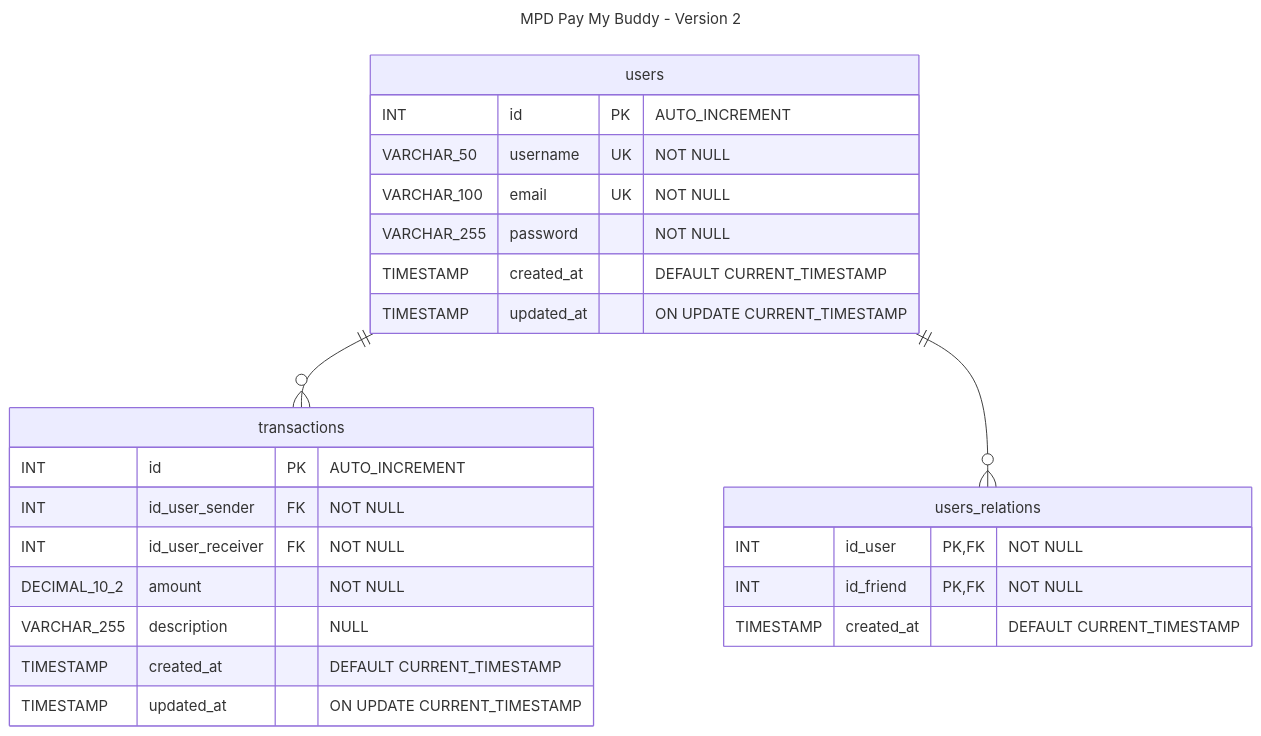
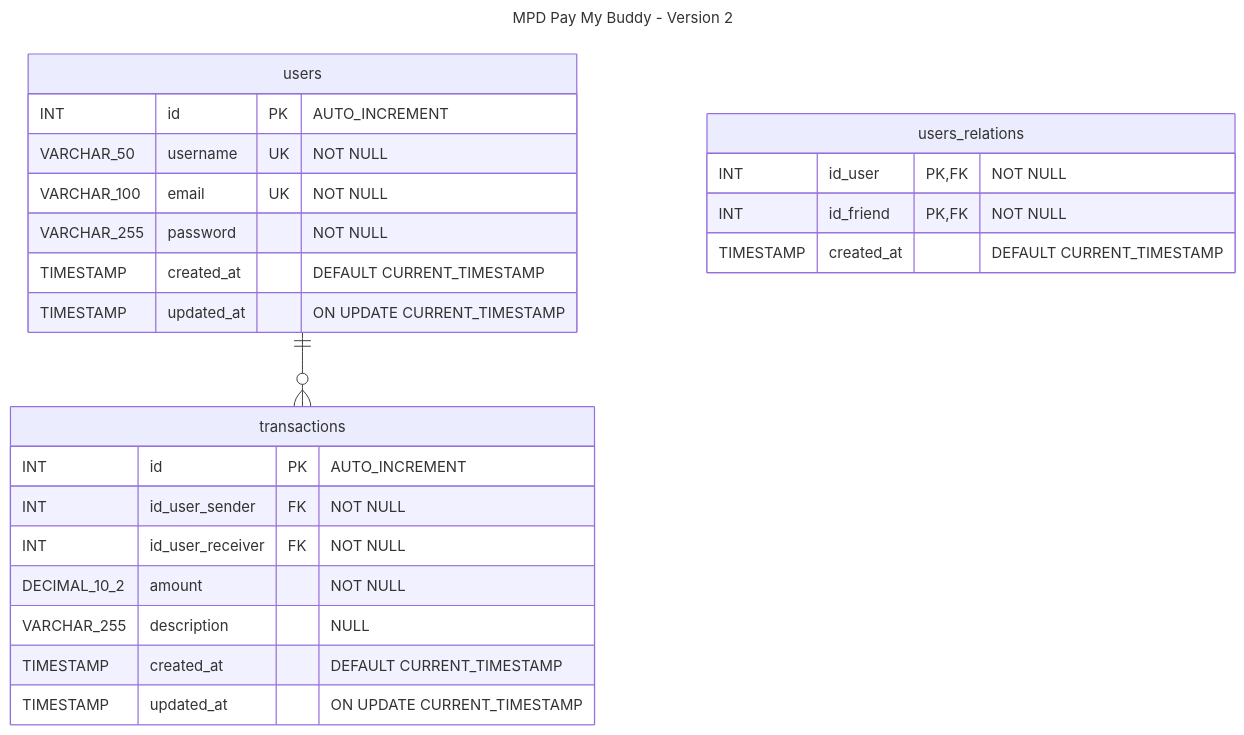
One commit to nocivecreative/paymybuddy changed the diagram in src/main/resources/MPD/MPD_v2.mmd. Above: the diagram before and after it, drawn with Mermaid. The commit also changed other lines of this file and 1 other file, not shown here.

Commit message:
Maj diagramme MPD

```diff
--- a/src/main/resources/MPD/MPD_v2.mmd
+++ b/src/main/resources/MPD/MPD_v2.mmd
@@ -1,31 +1,30 @@
 ---
 title: MPD Pay My Buddy - Version 2
 ---
 erDiagram
     users {
         INT id PK "AUTO_INCREMENT"
         VARCHAR_50 username UK "NOT NULL"
         VARCHAR_100 email UK "NOT NULL"
         VARCHAR_255 password "NOT NULL"
         TIMESTAMP created_at "DEFAULT CURRENT_TIMESTAMP"
         TIMESTAMP updated_at "ON UPDATE CURRENT_TIMESTAMP"
     }
 
     transactions {
         INT id PK "AUTO_INCREMENT"
         INT id_user_sender FK "NOT NULL"
         INT id_user_receiver FK "NOT NULL"
         DECIMAL_10_2 amount "NOT NULL"
         VARCHAR_255 description "NULL"
         TIMESTAMP created_at "DEFAULT CURRENT_TIMESTAMP"
         TIMESTAMP updated_at "ON UPDATE CURRENT_TIMESTAMP"
     }
 
     users_relations {
         INT id_user PK,FK "NOT NULL"
         INT id_friend PK,FK "NOT NULL"
         TIMESTAMP created_at "DEFAULT CURRENT_TIMESTAMP"
     }
 
     users ||--o{ transactions : ""
-    users ||--o{ users_relations : ""
```
